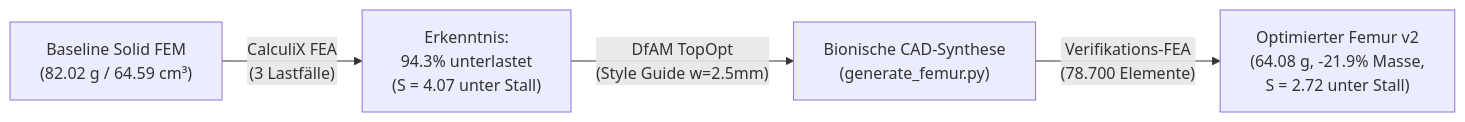
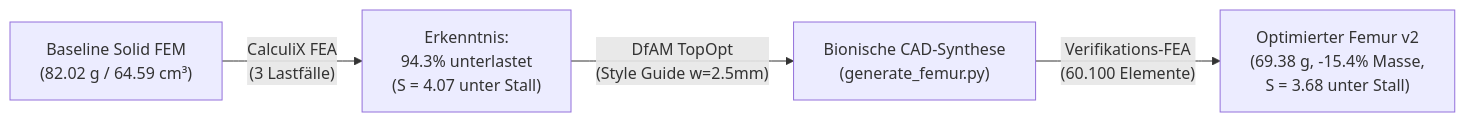
One commit to vern-da-coda/lasius changed the first of 3 diagrams in docs/hardware/femur_topology_optimization_report.md. Above: the diagram before and after it, drawn with Mermaid. The commit also changed other lines of this file and 8 other files, not shown here.

````diff
--- a/docs/hardware/femur_topology_optimization_report.md
+++ b/docs/hardware/femur_topology_optimization_report.md
@@ -14,6 +14,6 @@
 ```mermaid
 flowchart LR
     A["Baseline Solid FEM\n(82.02 g / 64.59 cm³)"] -->|"CalculiX FEA\n(3 Lastfälle)"| B["Erkenntnis:\n94.3% unterlastet\n(S = 4.07 unter Stall)"]
     B -->|"DfAM TopOpt\n(Style Guide w=2.5mm)"| C["Bionische CAD-Synthese\n(generate_femur.py)"]
-    C -->|"Verifikations-FEA\n(78.700 Elemente)"| D["Optimierter Femur v2\n(64.08 g, -21.9% Masse,\nS = 2.72 unter Stall)"]
+    C -->|"Verifikations-FEA\n(60.100 Elemente)"| D["Optimierter Femur v2\n(69.38 g, -15.4% Masse,\nS = 3.68 unter Stall)"]
 ```
````
